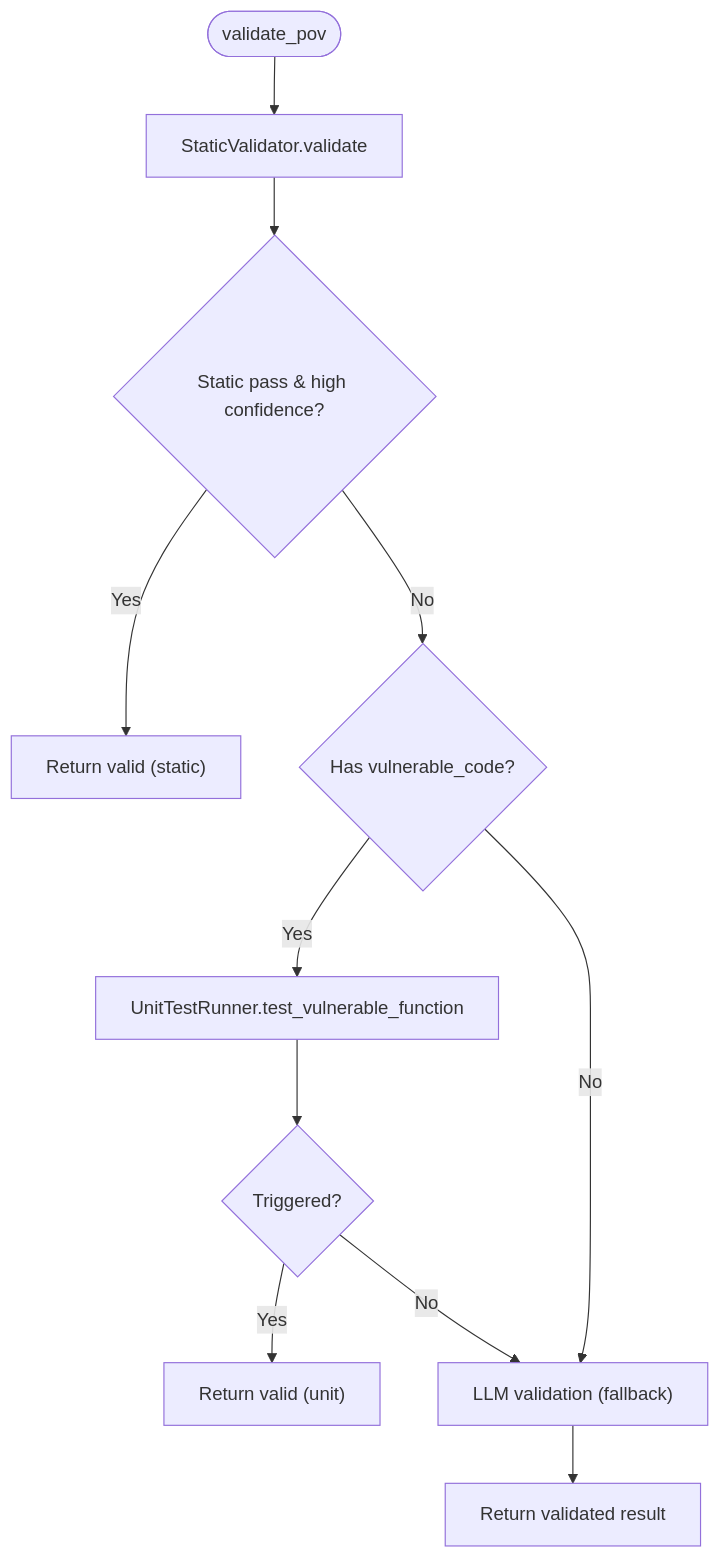
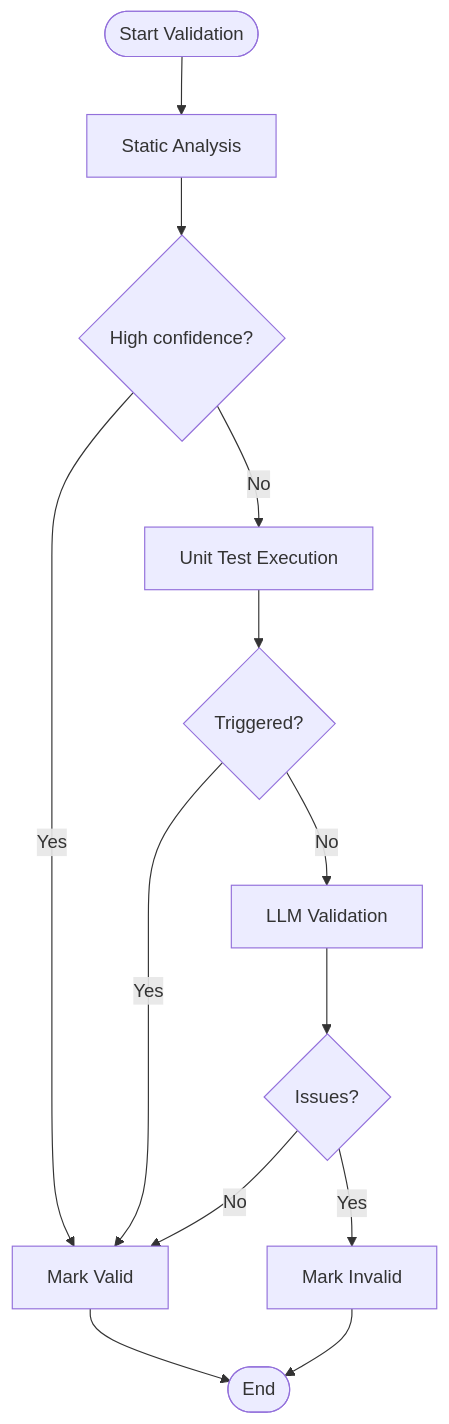
The fifth of 6 diagrams in .qoder/repowiki/en/content/Agent System/Agent System.md (keysight-anya/AutoPoV), drawn with Mermaid before and after one commit. The commit also changed other lines of this file and 150 other files, not shown here.

````diff
--- a/.qoder/repowiki/en/content/Agent System/Agent System.md
+++ b/.qoder/repowiki/en/content/Agent System/Agent System.md
@@ -361,13 +247,15 @@
 ```mermaid
 flowchart TD
-Start(["validate_pov"]) --> Static["StaticValidator.validate"]
-Static --> StaticPass{"Static pass & high confidence?"}
-StaticPass --> |Yes| Done1["Return valid (static)"]
-StaticPass --> |No| UnitCheck{"Has vulnerable_code?"}
-UnitCheck --> |Yes| Unit["UnitTestRunner.test_vulnerable_function"]
-Unit --> UnitTrigger{"Triggered?"}
-UnitTrigger --> |Yes| Done2["Return valid (unit)"]
-UnitTrigger --> |No| LLMVal["LLM validation (fallback)"]
-UnitCheck --> |No| LLMVal
-LLMVal --> Done3["Return validated result"]
+START(["Start Validation"]) --> STATIC["Static Analysis"]
+STATIC --> PASS{"High confidence?"}
+PASS --> |Yes| SUCCESS["Mark Valid"]
+PASS --> |No| UNIT["Unit Test Execution"]
+UNIT --> UNIT_PASS{"Triggered?"}
+UNIT_PASS --> |Yes| SUCCESS
+UNIT_PASS --> |No| FALLBACK["LLM Validation"]
+FALLBACK --> DECISION{"Issues?"}
+DECISION --> |No| SUCCESS
+DECISION --> |Yes| FAIL["Mark Invalid"]
+SUCCESS --> END(["End"])
+FAIL --> END
 ```
````
